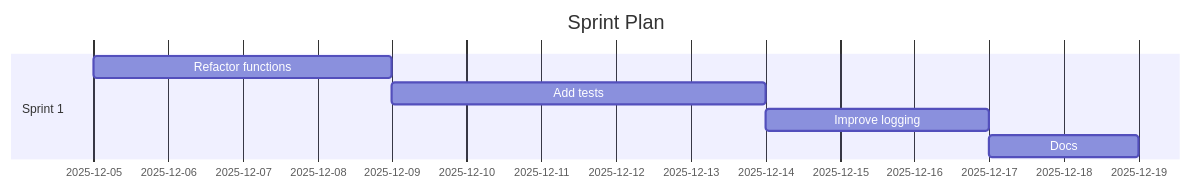
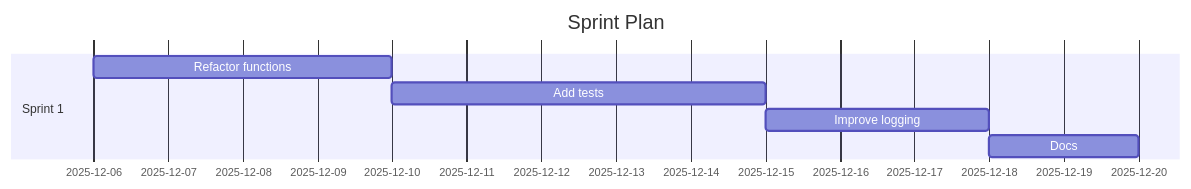
One commit to Anselmoo/mcp-ai-agent-guidelines changed the diagram in demos/demo-code-analysis.sprint.md. Above: the diagram before and after it, drawn with Mermaid. The commit also changed other lines of this file and 26 other files, not shown here.

````diff
--- a/demos/demo-code-analysis.sprint.md
+++ b/demos/demo-code-analysis.sprint.md
@@ -59,11 +59,11 @@
 ```mermaid
 gantt
 	dateFormat  YYYY-MM-DD
 	title Sprint Plan
 %% Accessibility: Title=Project Sprint Plan; Description=Gantt chart of sprints and tasks over time. %%
   section Sprint 1
-  Refactor functions :s1t0, 2025-12-05, 4d
-  Add tests :s1t1, 2025-12-09, 5d
-  Improve logging :s1t2, 2025-12-14, 3d
-  Docs :s1t3, 2025-12-17, 2d
+  Refactor functions :s1t0, 2025-12-06, 4d
+  Add tests :s1t1, 2025-12-10, 5d
+  Improve logging :s1t2, 2025-12-15, 3d
+  Docs :s1t3, 2025-12-18, 2d
 ```
````
